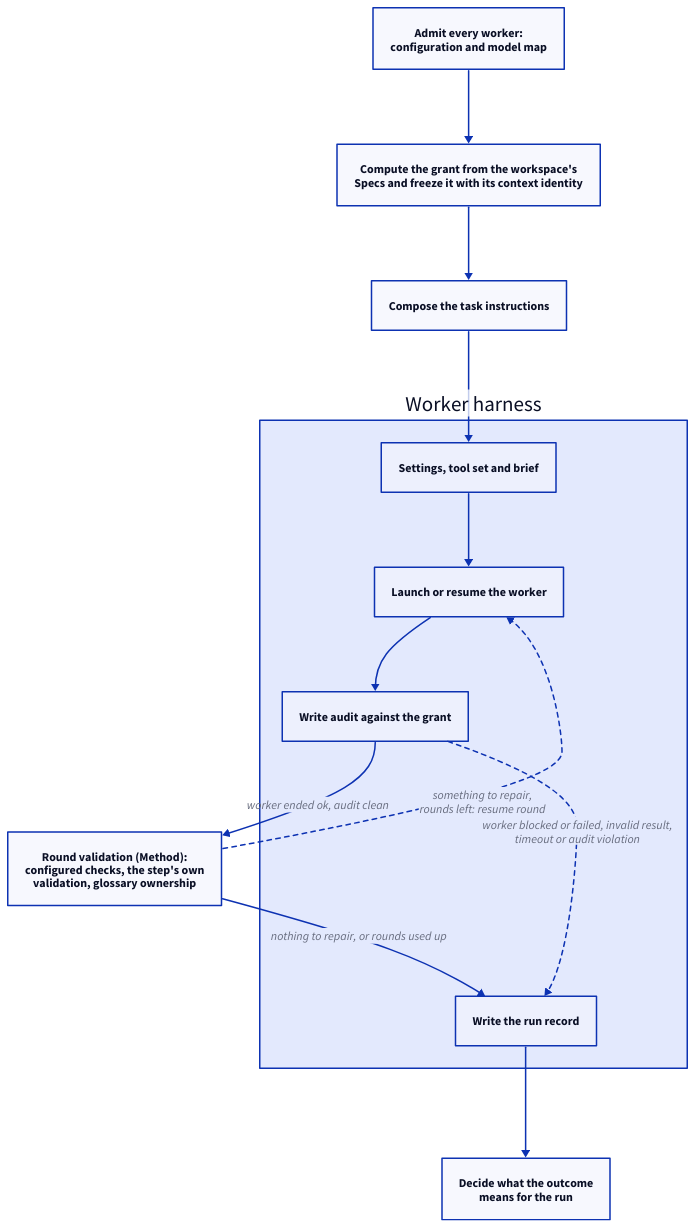
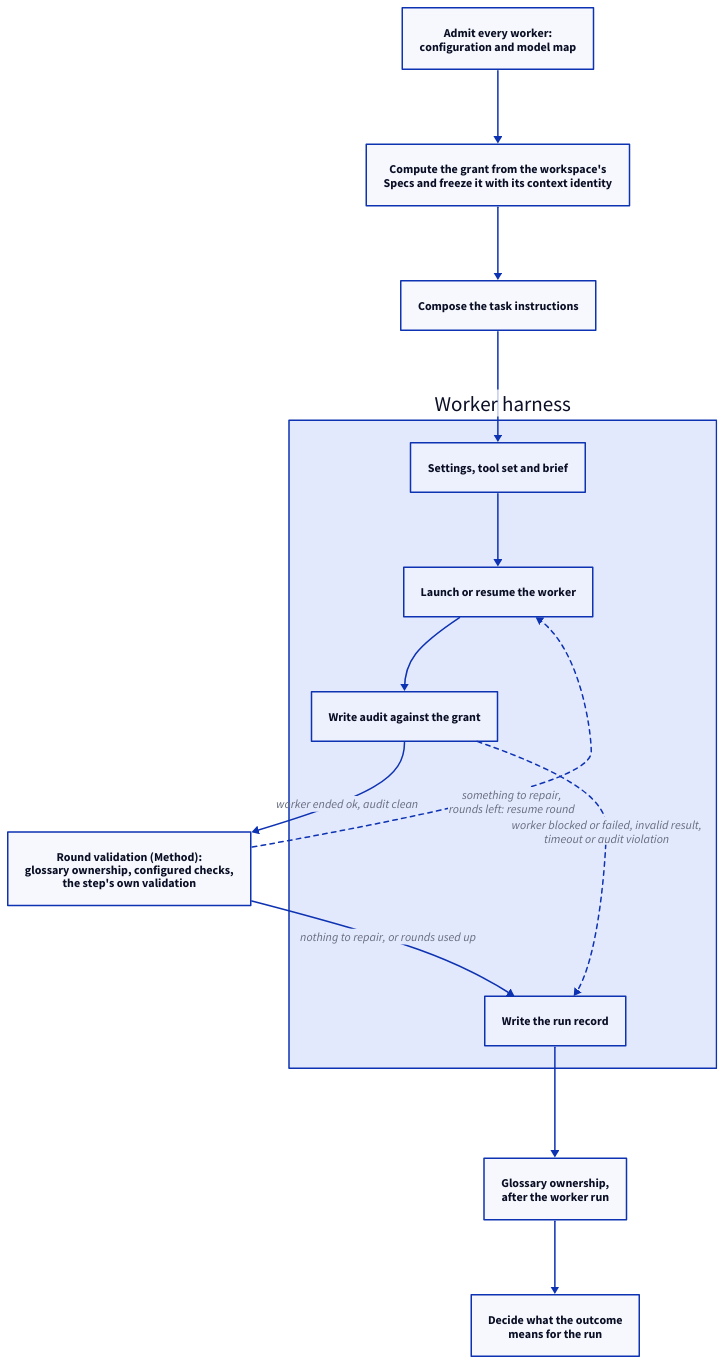
Before and after one commit to FTOD/concorde: the second of 2 diagrams in specs/concorde/method/module.md, drawn with D2. The commit also changed other lines of this file and 24 other files, not shown here.

First line of the commit message:
Answer the spec panel's findings on the root, Kernel, Worker harness and Method

````diff
--- a/specs/concorde/method/module.md
+++ b/specs/concorde/method/module.md
@@ -147,21 +155,22 @@
 ```d2 illustrative
 direction: down
 admit: "Admit every worker:\nconfiguration and model map"
 grant: "Compute the grant from the workspace's\nSpecs and freeze it with its context identity"
 instruct: "Compose the task instructions"
 wh: Worker harness {
   prepare: "Settings, tool set and brief"
   launch: "Launch or resume the worker"
   audit: "Write audit against the grant"
   record: "Write the run record"
   prepare -> launch -> audit
 }
-validation: "Round validation (Method):\nconfigured checks, the step's own\nvalidation, glossary ownership"
+validation: "Round validation (Method):\nglossary ownership, configured checks,\nthe step's own validation"
 decide: "Decide what the outcome\nmeans for the run"
 admit -> grant -> instruct -> wh.prepare
 wh.audit -> validation: "worker ended ok, audit clean"
 validation -> wh.launch: "something to repair,\nrounds left: resume round" {style.stroke-dash: 3}
 validation -> wh.record: "nothing to repair, or rounds used up"
 wh.audit -> wh.record: "worker blocked or failed, invalid result,\ntimeout or audit violation" {style.stroke-dash: 3}
-wh.record -> decide
+ownership: "Glossary ownership,\nafter the worker run"
+wh.record -> ownership -> decide
 ```
````
